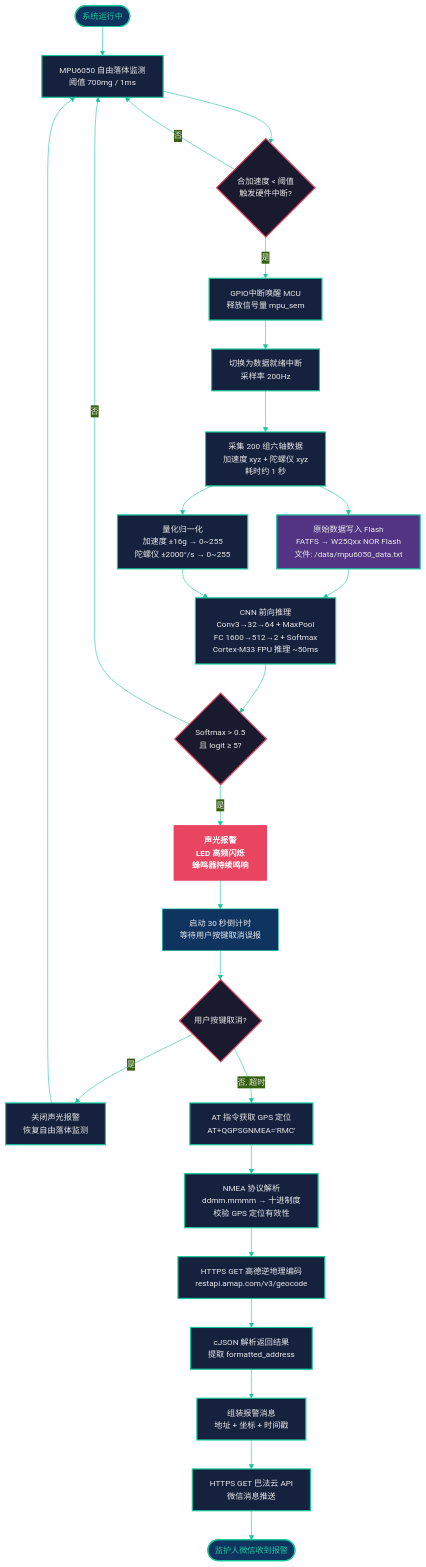
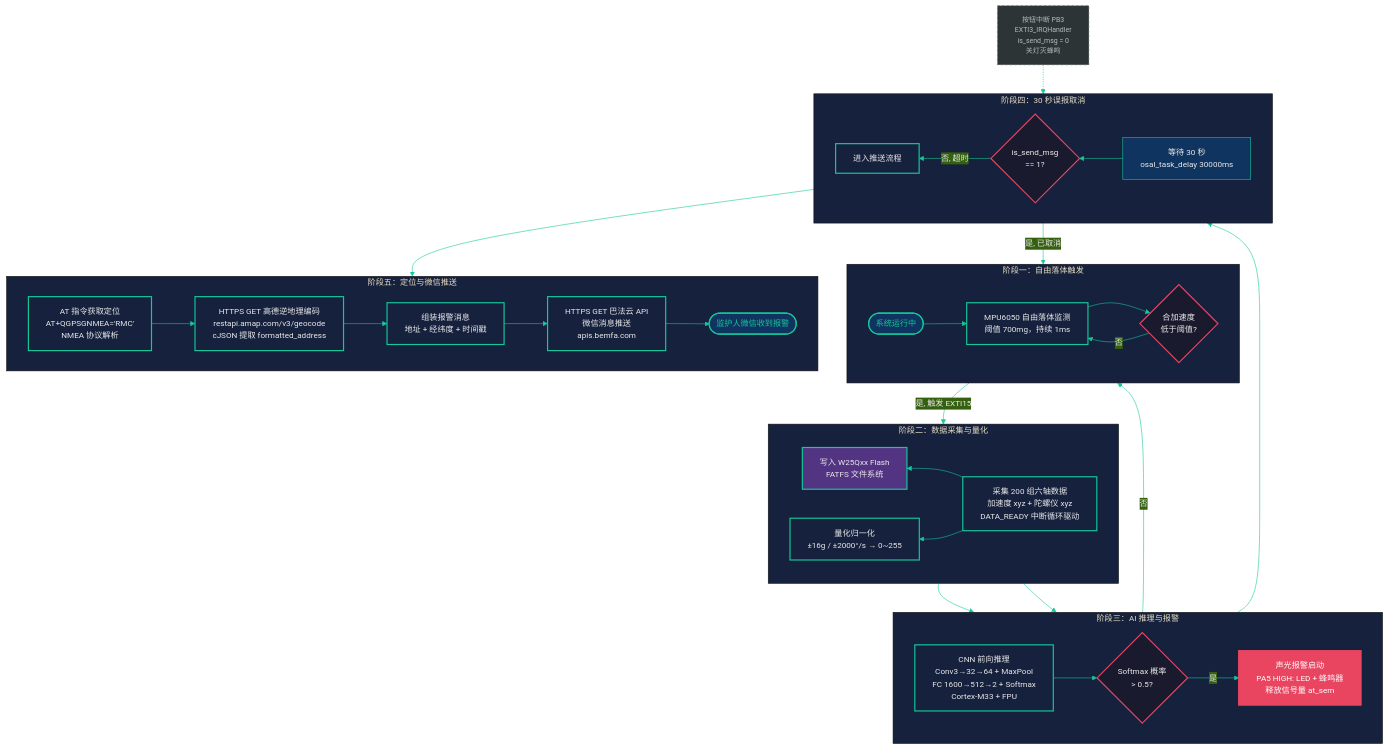
Before and after one commit to nfeng-stack/embedded_software_framework: the diagram in fall_detection_flowchart.md, drawn with Mermaid. The commit also changed other lines of this file and 3 other files, not shown here.

````diff
--- a/fall_detection_flowchart.md
+++ b/fall_detection_flowchart.md
@@ -3,70 +3,83 @@
 ```mermaid
 %%{init: {'theme': 'base', 'themeVariables': {'primaryColor': '#0f3460','primaryTextColor': '#eaeaea','primaryBorderColor': '#16c79a','lineColor': '#16c79a','tertiaryColor': '#16213e','fontSize': '14px','fontFamily': 'system-ui'}}}%%
-flowchart TD
+flowchart TB
+  subgraph S1["阶段一：自由落体触发"]
+    direction LR
     START([系统运行中])
-    MONITOR["MPU6050 自由落体监测<br/>阈值 700mg / 1ms"]
-    FALL_CHECK{合加速度 &lt; 阈值<br/>触发硬件中断?}
-    WAKE["GPIO中断唤醒 MCU<br/>释放信号量 mpu_sem"]
-    SWITCH["切换为数据就绪中断<br/>采样率 200Hz"]
-    COLLECT["采集 200 组六轴数据<br/>加速度 xyz + 陀螺仪 xyz<br/>耗时约 1 秒"]
+    MPU[MPU6050 自由落体监测<br/>阈值 700mg，持续 1ms]
+    FF{合加速度<br/>低于阈值?}
+  end
 
-    STORE["原始数据写入 Flash<br/>FATFS → W25Qxx NOR Flash<br/>文件: /data/mpu6050_data.txt"]
-    QUANT["量化归一化<br/>加速度 ±16g → 0~255<br/>陀螺仪 ±2000°/s → 0~255"]
+  subgraph S2["阶段二：数据采集与量化"]
+    direction RL
+    STORE[写入 W25Qxx Flash<br/>FATFS 文件系统]
+    QUANT[量化归一化<br/>±16g / ±2000°/s → 0~255]
+    COLLECT[采集 200 组六轴数据<br/>加速度 xyz + 陀螺仪 xyz<br/>DATA_READY 中断循环驱动]
+  end
 
-    INFER["CNN 前向推理<br/>Conv3→32→64 + MaxPool<br/>FC 1600→512→2 + Softmax<br/>Cortex-M33 FPU 推理 ~50ms"]
-    AI_CHECK{Softmax &gt; 0.5<br/>且 logit ≥ 5?}
+  subgraph S3["阶段三：AI 推理与报警"]
+    direction LR
+    INFER[CNN 前向推理<br/>Conv3→32→64 + MaxPool<br/>FC 1600→512→2 + Softmax<br/>Cortex-M33 + FPU]
+    AI{Softmax 概率<br/>> 0.5?}
+    ALARM[声光报警启动<br/>PA5 HIGH: LED + 蜂鸣器<br/>释放信号量 at_sem]
+  end
 
-    ALARM["声光报警<br/>LED 高频闪烁<br/>蜂鸣器持续鸣响"]
-    WAIT30["启动 30 秒倒计时<br/>等待用户按键取消误报"]
-    CANCEL{用户按键取消?}
-    RESET["关闭声光报警<br/>恢复自由落体监测"]
+  subgraph S4["阶段四：30 秒误报取消"]
+    direction RL
+    GPS_START[进入推送流程]
+    CANCEL{is_send_msg<br/>== 1?}
+    WAIT30[等待 30 秒<br/>osal_task_delay 30000ms]
+  end
 
-    GPS["AT 指令获取 GPS 定位<br/>AT+QGPSGNMEA='RMC'"]
-    NMEA["NMEA 协议解析<br/>ddmm.mmmm → 十进制度<br/>校验 GPS 定位有效性"]
-    GEOCODE["HTTPS GET 高德逆地理编码<br/>restapi.amap.com/v3/geocode"]
-    JSON["cJSON 解析返回结果<br/>提取 formatted_address"]
-    BUILD["组装报警消息<br/>地址 + 坐标 + 时间戳"]
-    PUSH["HTTPS GET 巴法云 API<br/>微信消息推送"]
+  subgraph S5["阶段五：定位与微信推送"]
+    direction LR
+    GPS[AT 指令获取定位<br/>AT+QGPSGNMEA='RMC'<br/>NMEA 协议解析]
+    GEOCODE[HTTPS GET 高德逆地理编码<br/>restapi.amap.com/v3/geocode<br/>cJSON 提取 formatted_address]
+    BUILD[组装报警消息<br/>地址 + 经纬度 + 时间戳]
+    PUSH[HTTPS GET 巴法云 API<br/>微信消息推送<br/>apis.bemfa.com]
     END_NODE([监护人微信收到报警])
+  end
 
-    START --> MONITOR
-    MONITOR --> FALL_CHECK
-    FALL_CHECK -->|否| MONITOR
-    FALL_CHECK -->|是| WAKE
-    WAKE --> SWITCH
-    SWITCH --> COLLECT
-    COLLECT --> STORE
-    COLLECT --> QUANT
-    STORE --> INFER
-    QUANT --> INFER
-    INFER --> AI_CHECK
-    AI_CHECK -->|否| MONITOR
-    AI_CHECK -->|是| ALARM
-    ALARM --> WAIT30
-    WAIT30 --> CANCEL
-    CANCEL -->|是| RESET
-    RESET --> MONITOR
-    CANCEL -->|否, 超时| GPS
-    GPS --> NMEA
-    NMEA --> GEOCODE
-    GEOCODE --> JSON
-    JSON --> BUILD
-    BUILD --> PUSH
-    PUSH --> END_NODE
+  BUTTON_ISR[按钮中断 PB3<br/>EXTI3_IRQHandler<br/>is_send_msg = 0<br/>关灯灭蜂鸣]:::annotation
 
-    classDef startStyle fill:#0f3460,stroke:#16c79a,stroke-width:2px,color:#eaeaea
-    classDef processStyle fill:#16213e,stroke:#16c79a,stroke-width:2px,color:#eaeaea
-    classDef decisionStyle fill:#1a1a2e,stroke:#e94560,stroke-width:2px,color:#eaeaea
-    classDef alarmStyle fill:#e94560,stroke:#e94560,stroke-width:3px,color:#fff,font-weight:bold
-    classDef storeStyle fill:#533483,stroke:#16c79a,stroke-width:2px,color:#eaeaea
-    classDef endStyle fill:#0f3460,stroke:#16c79a,stroke-width:2px,color:#16c79a
+  %% ---------- 主流程边 ----------
+  START --> MPU
+  MPU --> FF
+  FF -->|否| MPU
+  FF -->|是, 触发 EXTI15| COLLECT
+  COLLECT --> QUANT
+  COLLECT --> STORE
+  STORE --> INFER
+  QUANT --> INFER
+  INFER --> AI
+  AI -->|否| MPU
+  AI -->|是| ALARM
+  ALARM --> WAIT30
+  WAIT30 --> CANCEL
+  CANCEL -->|是, 已取消| MPU
+  CANCEL -->|否, 超时| GPS_START
+  GPS_START --> GPS
+  GPS --> GEOCODE
+  GEOCODE --> BUILD
+  BUILD --> PUSH
+  PUSH --> END_NODE
 
-    class START endStyle
-    class MONITOR,WAKE,SWITCH,COLLECT,QUANT processStyle
-    class INFER,GPS,NMEA,GEOCODE,JSON,BUILD,PUSH processStyle
-    class FALL_CHECK,AI_CHECK,CANCEL decisionStyle
-    class ALARM alarmStyle
-    class STORE storeStyle
-    class RESET processStyle
-    class END_NODE endStyle
+  %% ---------- 侧边注释：异步中断 ----------
+  BUTTON_ISR -.-> CANCEL
+
+  %% ---------- 样式定义 ----------
+  classDef startStyle fill:#0f3460,stroke:#16c79a,stroke-width:2px,color:#eaeaea
+  classDef processStyle fill:#16213e,stroke:#16c79a,stroke-width:2px,color:#eaeaea
+  classDef decisionStyle fill:#1a1a2e,stroke:#e94560,stroke-width:2px,color:#eaeaea
+  classDef alarmStyle fill:#e94560,stroke:#e94560,stroke-width:3px,color:#fff
+  classDef storeStyle fill:#533483,stroke:#16c79a,stroke-width:2px,color:#eaeaea
+  classDef endStyle fill:#0f3460,stroke:#16c79a,stroke-width:2px,color:#16c79a
+  classDef annotation fill:#2d3436,stroke:#636e72,stroke-width:1px,stroke-dasharray:4 4,color:#b2bec3,font-size:12px
+
+  class START,END_NODE endStyle
+  class MPU,COLLECT,QUANT,INFER,GPS,GEOCODE,BUILD,PUSH,GPS_START processStyle
+  class FF,AI,CANCEL decisionStyle
+  class ALARM alarmStyle
+  class STORE storeStyle
+  class BUTTON_ISR annotation
 ```
````
